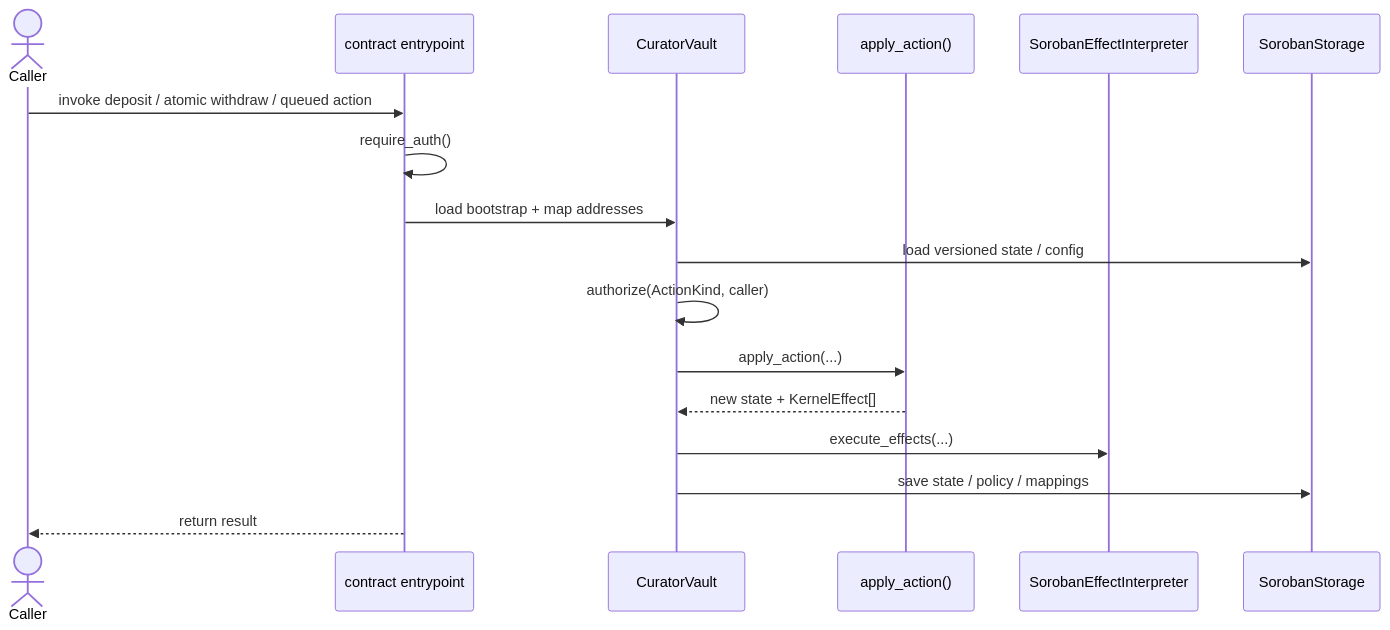
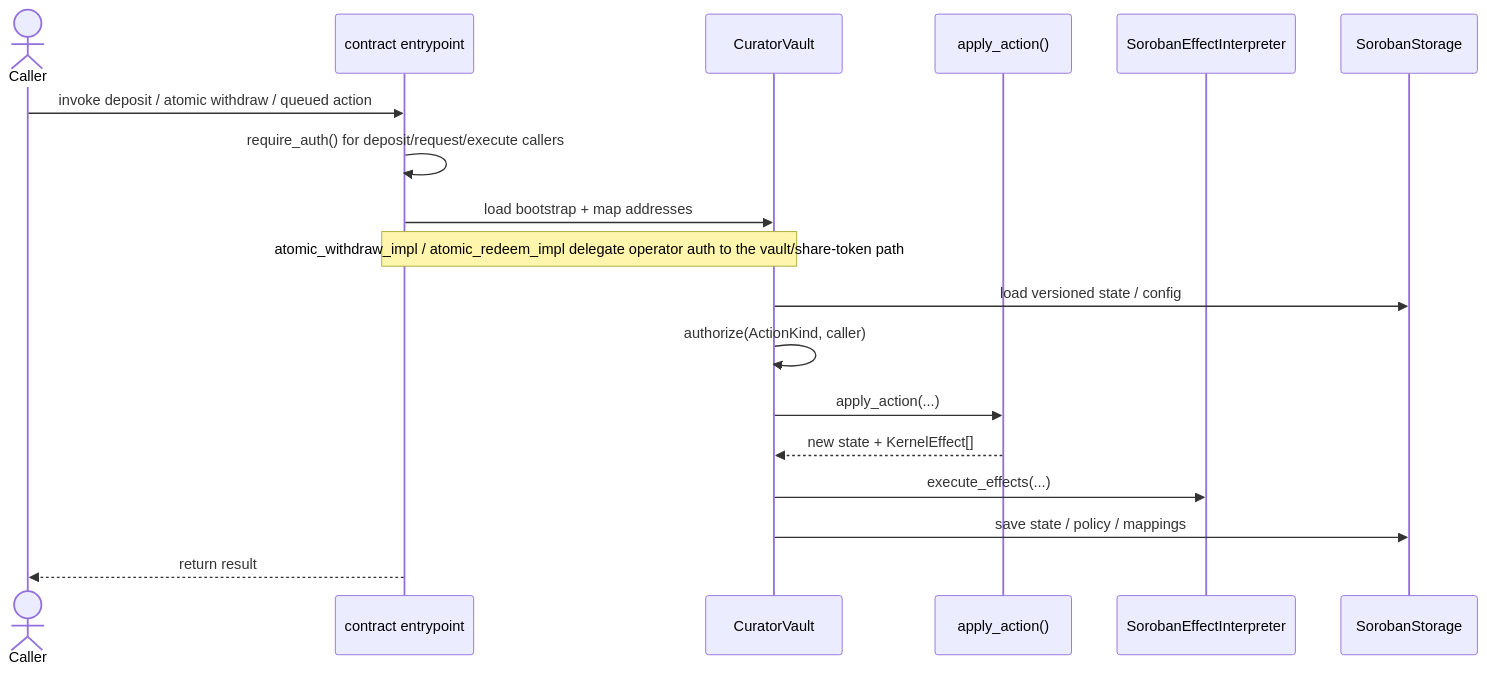
One commit to Templar-Protocol/contracts changed the second of 3 diagrams in contract/vault/soroban/README.md. Above: the diagram before and after it, drawn with Mermaid. The commit also changed 5 other files, not shown here.

````diff
--- a/contract/vault/soroban/README.md
+++ b/contract/vault/soroban/README.md
@@ -50,20 +50,21 @@
 ```mermaid
 sequenceDiagram
     actor Caller
     participant Entry as contract entrypoint
     participant Vault as CuratorVault
     participant Kernel as apply_action()
     participant Interp as SorobanEffectInterpreter
     participant Storage as SorobanStorage
 
     Caller->>Entry: invoke deposit / atomic withdraw / queued action
-    Entry->>Entry: require_auth()
+    Entry->>Entry: require_auth() for deposit/request/execute callers
     Entry->>Vault: load bootstrap + map addresses
+    Note over Entry,Vault: atomic_withdraw_impl / atomic_redeem_impl delegate operator auth to the vault/share-token path
     Vault->>Storage: load versioned state / config
     Vault->>Vault: authorize(ActionKind, caller)
     Vault->>Kernel: apply_action(...)
     Kernel-->>Vault: new state + KernelEffect[]
     Vault->>Interp: execute_effects(...)
     Vault->>Storage: save state / policy / mappings
     Entry-->>Caller: return result
 ```
````
